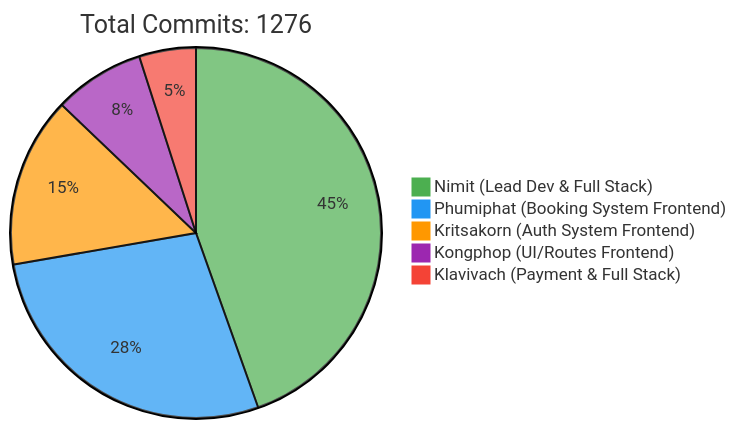
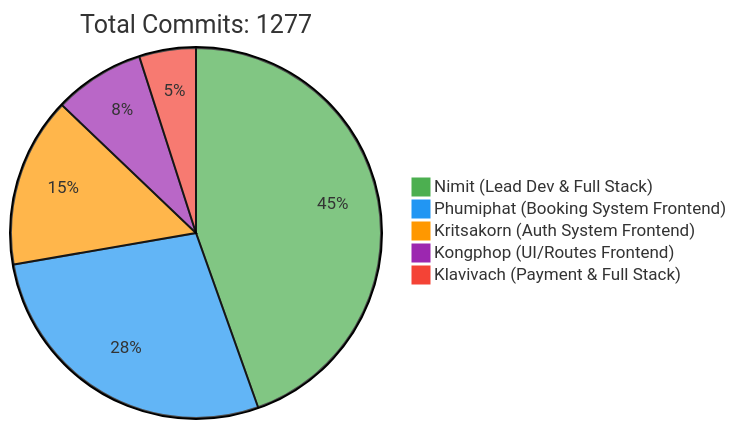
One commit to 6531503042/Sport-Complex changed the first of 2 diagrams in README.md. Above: the diagram before and after it, drawn with Mermaid. The commit also changed other lines of this file, not shown here.

Commit message:
docs: Update contributor statistics [skip ci]

````diff
--- a/README.md
+++ b/README.md
@@ -257,10 +257,10 @@
 ```mermaid
 %%{init: {'theme': 'base', 'themeVariables': { 'pie1': '#4CAF50', 'pie2': '#2196F3', 'pie3': '#FF9800', 'pie4': '#9C27B0', 'pie5': '#F44336'}}}%%
 pie
-    title Total Commits: 1276
+    title Total Commits: 1277
     "Nimit (Lead Dev & Full Stack)" : 450
     "Phumiphat (Booking System Frontend)" : 280
     "Kritsakorn (Auth System Frontend)" : 150
     "Kongphop (UI/Routes Frontend)" : 80
     "Klavivach (Payment & Full Stack)" : 50
 ```
````
